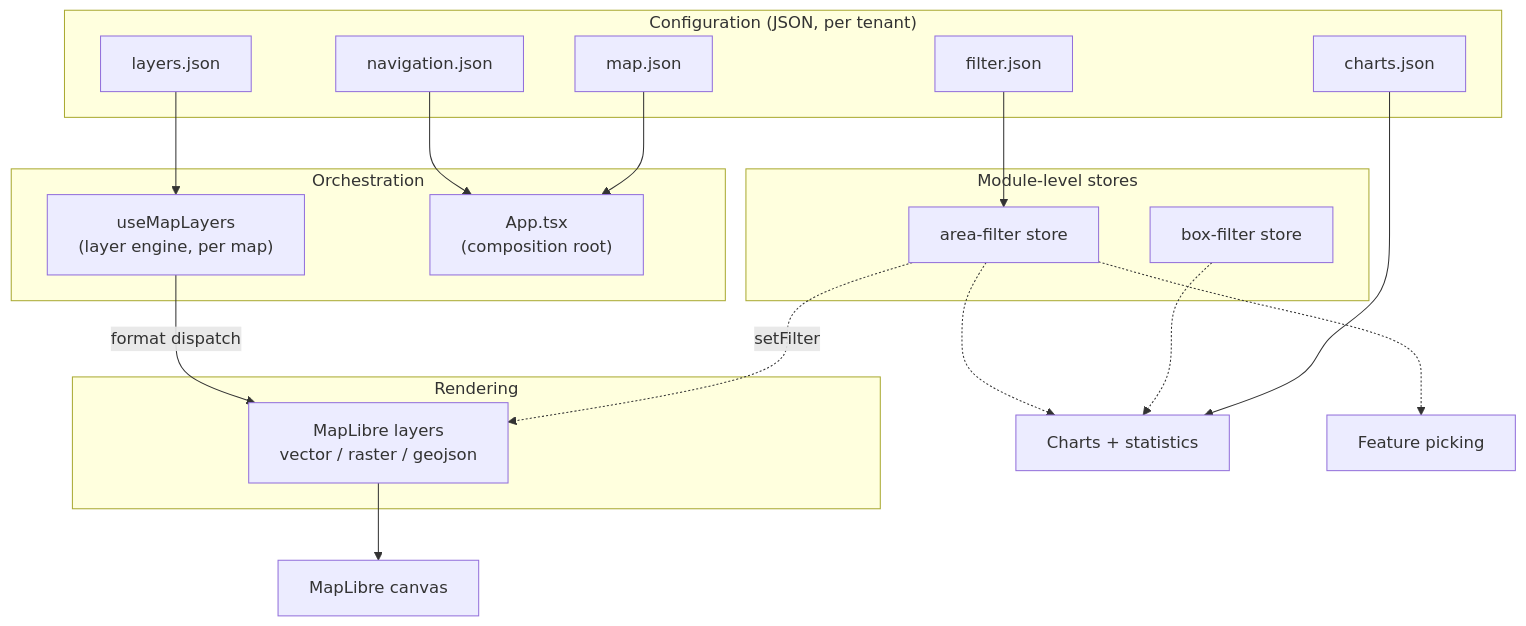
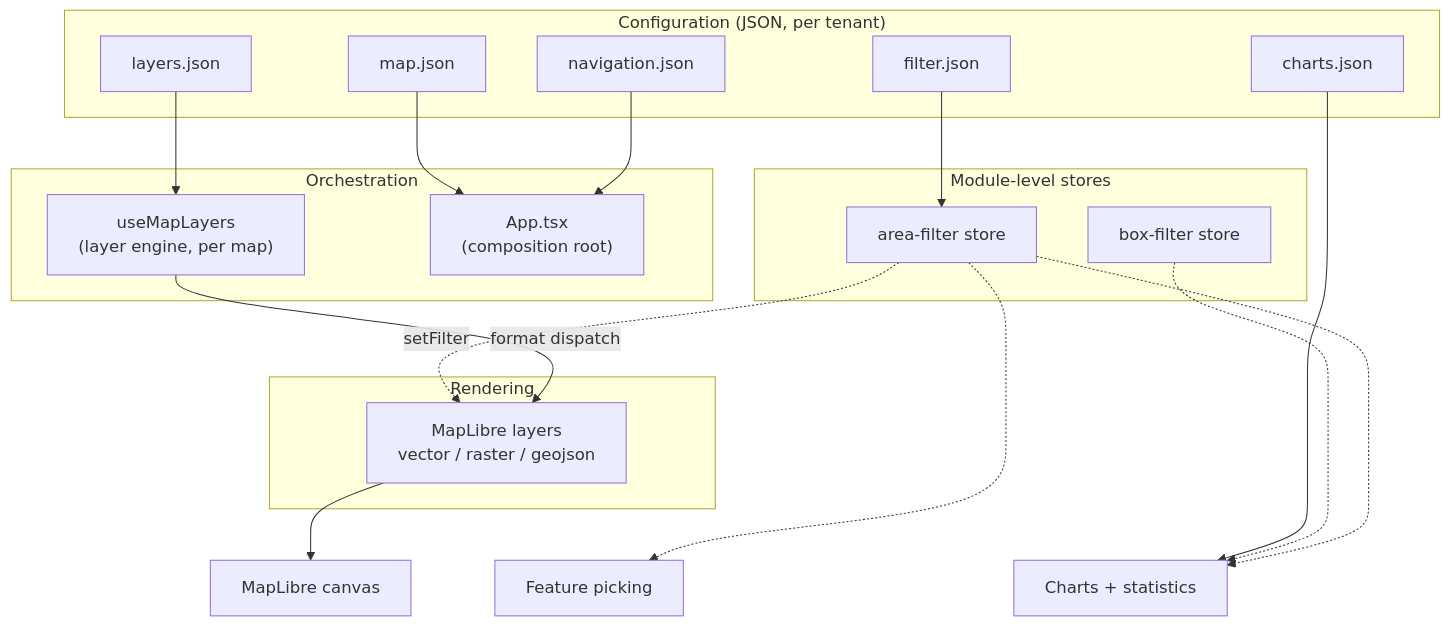
One commit to ObjectVision/DeRondeKaart changed the second of 4 diagrams in docs/system-design.md. Above: the diagram before and after it, drawn with Mermaid. The commit also changed other lines of this file, not shown here.

Commit message:
Added extra explanation to module-store's. Update mermaid 4

````diff
--- a/docs/system-design.md
+++ b/docs/system-design.md
@@ -164,40 +164,44 @@
 ```mermaid
 flowchart TD
     subgraph config["Configuration (JSON, per tenant)"]
         lj["layers.json"]
         nj["navigation.json"]
         cj["charts.json"]
         fj["filter.json"]
         mj["map.json"]
     end
 
     subgraph state["Orchestration"]
         uml["useMapLayers<br/>(layer engine, per map)"]
         app["App.tsx<br/>(composition root)"]
     end
 
     subgraph stores["Module-level stores"]
         af["area-filter store"]
         bf["box-filter store"]
     end
 
     subgraph render["Rendering"]
         ml["MapLibre layers<br/>vector / raster / geojson"]
     end
 
     canvas["MapLibre canvas"]
     charts["Charts + statistics"]
     pick["Feature picking"]
 
     lj --> uml
     nj --> app
     mj --> app
     uml -->|"format dispatch"| ml
     ml --> canvas
     af -.->|"setFilter"| ml
     af -.-> pick
     af -.-> charts
     bf -.-> charts
     cj --> charts
     fj --> af
+
+    %% Layout only: invisible edges putting the three outputs on one rank.
+    ml ~~~ charts
+    ml ~~~ pick
 ```
````
